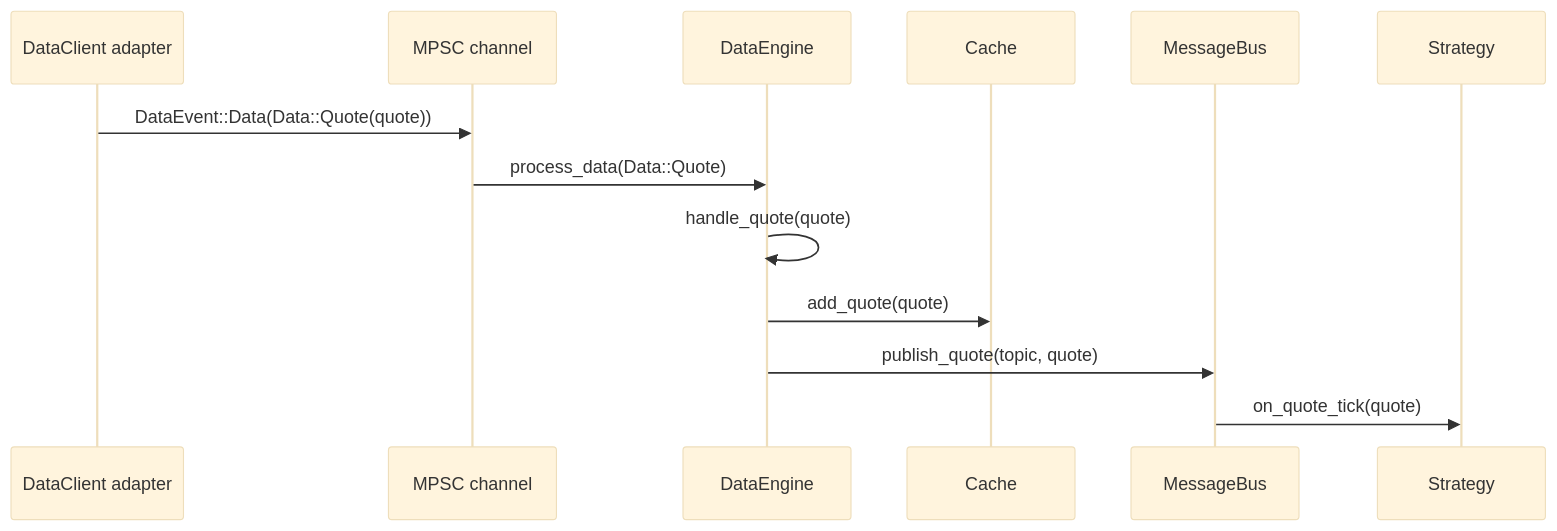
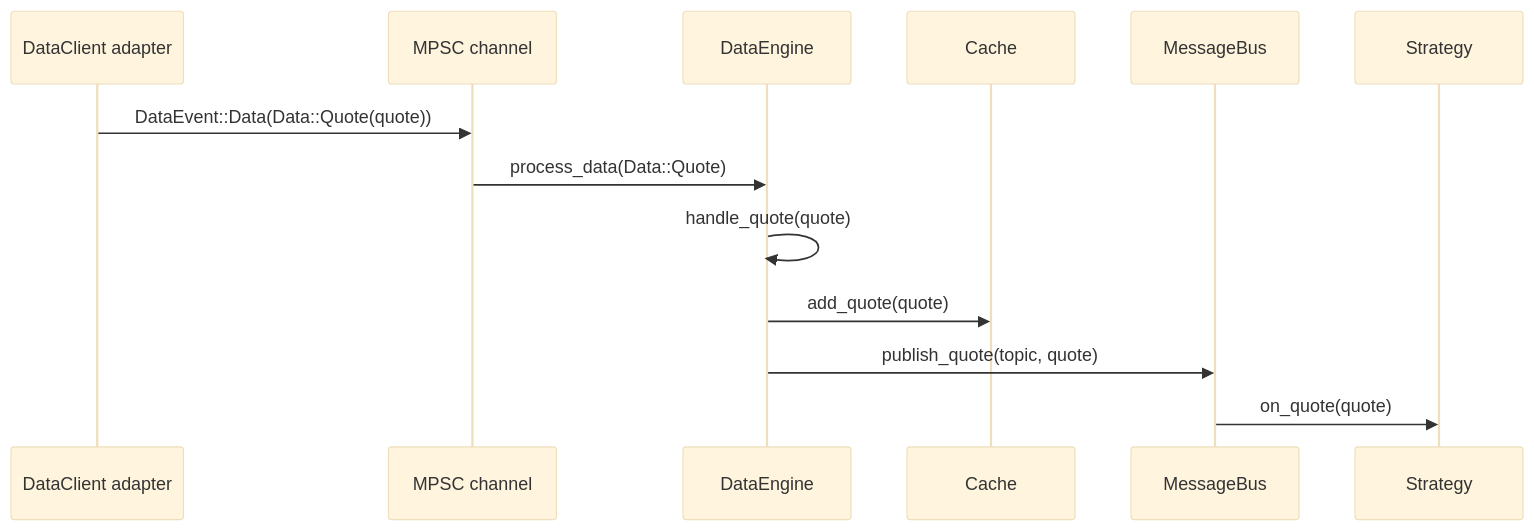
Before and after one commit to nautechsystems/nautilus_trader: the first of 6 diagrams in docs/concepts/architecture.md, drawn with Mermaid (base theme). The commit also changed other lines of this file and 163 other files, not shown here.

````diff
--- a/docs/concepts/architecture.md
+++ b/docs/concepts/architecture.md
@@ -260,16 +260,16 @@
 ```mermaid
 sequenceDiagram
     participant Adapter as DataClient adapter
     participant Channel as MPSC channel
     participant DE as DataEngine
     participant Cache as Cache
     participant MB as MessageBus
     participant Strategy as Strategy
 
     Adapter->>Channel: DataEvent::Data(Data::Quote(quote))
     Channel->>DE: process_data(Data::Quote)
     DE->>DE: handle_quote(quote)
     DE->>Cache: add_quote(quote)
     DE->>MB: publish_quote(topic, quote)
-    MB->>Strategy: on_quote_tick(quote)
+    MB->>Strategy: on_quote(quote)
 ```
````
